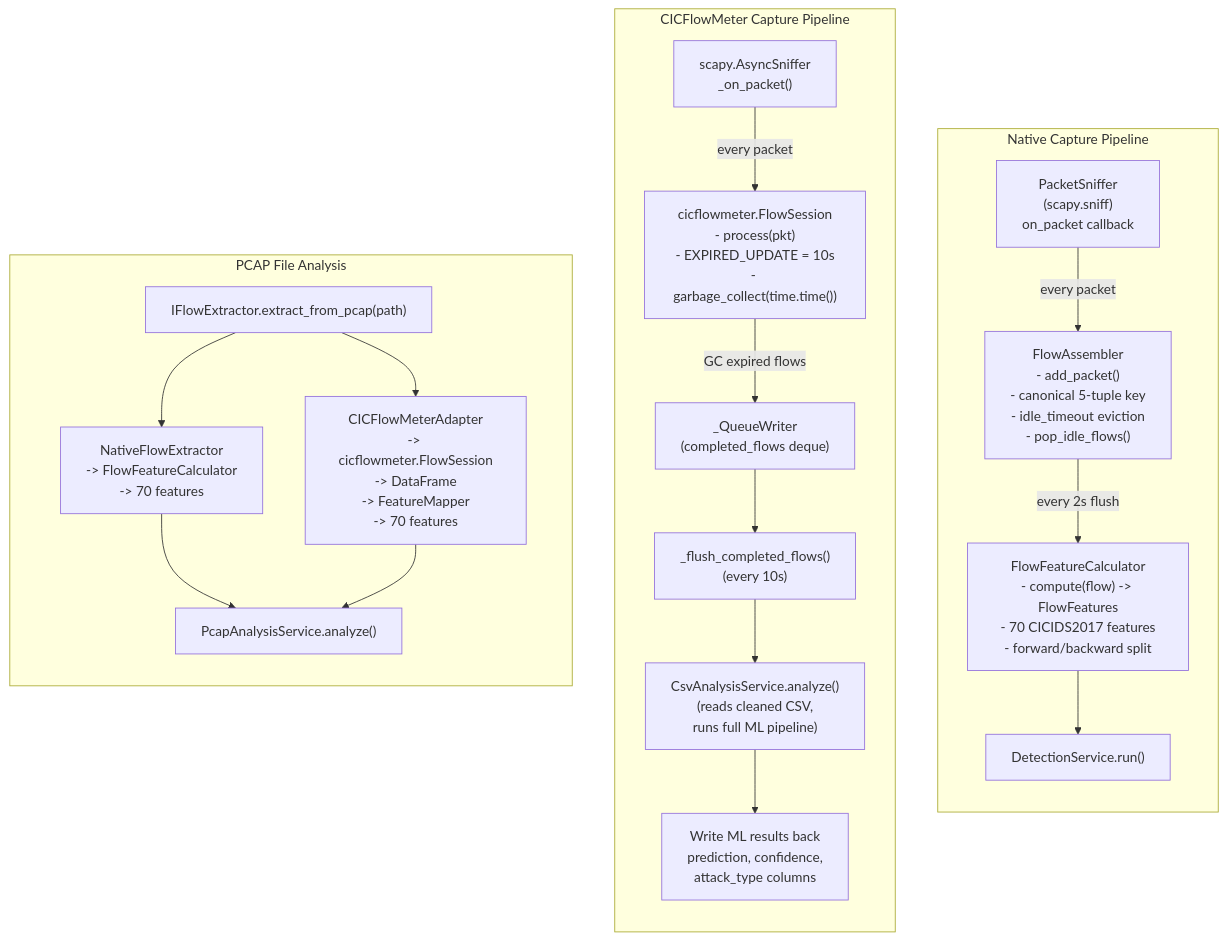
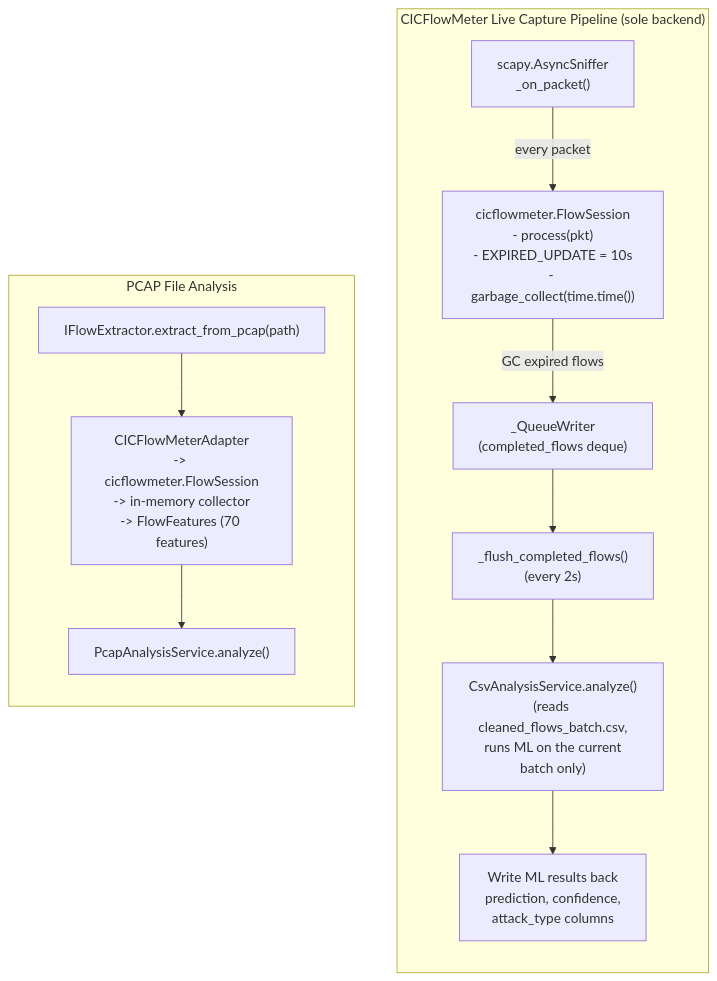
Diagram 13 of 13 in ARCHITECTURE.md (salhaihp97-glitc/AI-Driven-IDS), drawn with Mermaid before and after one commit. The commit also changed other lines of this file and 58 other files, not shown here.

````diff
--- a/ARCHITECTURE.md
+++ b/ARCHITECTURE.md
@@ -766,43 +762,28 @@
 ```mermaid
 flowchart TD
-    subgraph NativeMode["Native Capture Pipeline"]
-        direction TB
-        NS["PacketSniffer\n(scapy.sniff)\non_packet callback"]
-        FA["FlowAssembler\n- add_packet()\n- canonical 5-tuple key\n- idle_timeout eviction\n- pop_idle_flows()"]
-        FFC["FlowFeatureCalculator\n- compute(flow) -> FlowFeatures\n- 70 CICIDS2017 features\n- forward/backward split"]
-        NDS["DetectionService.run()"]
-        
-        NS -->|"every packet"| FA
-        FA -->|"every 2s flush"| FFC
-        FFC --> NDS
-    end
-
-    subgraph CICMode["CICFlowMeter Capture Pipeline"]
+    subgraph LiveMode["CICFlowMeter Live Capture Pipeline (sole backend)"]
         direction TB
         AS["scapy.AsyncSniffer\n_on_packet()"]
         CFS["cicflowmeter.FlowSession\n- process(pkt)\n- EXPIRED_UPDATE = 10s\n- garbage_collect(time.time())"]
         QW["_QueueWriter\n(completed_flows deque)"]
-        FL["_flush_completed_flows()\n(every 10s)"]
-        CAS["CsvAnalysisService.analyze()\n(reads cleaned CSV,\n runs full ML pipeline)"]
+        FL["_flush_completed_flows()\n(every 2s)"]
+        CAS["CsvAnalysisService.analyze()\n(reads cleaned_flows_batch.csv,\n runs ML on the current batch only)"]
         WB["Write ML results back\nprediction, confidence,\nattack_type columns"]
         
         AS -->|"every packet"| CFS
         CFS -->|"GC expired flows"| QW
         QW --> FL
         FL --> CAS
         CAS --> WB
     end
 
     subgraph PCAP["PCAP File Analysis"]
         direction TB
         IFE2["IFlowExtractor.extract_from_pcap(path)"]
-        NFE["NativeFlowExtractor\n-> FlowFeatureCalculator\n-> 70 features"]
-        CICAD["CICFlowMeterAdapter\n-> cicflowmeter.FlowSession\n-> DataFrame\n-> FeatureMapper\n-> 70 features"]
+        CICAD["CICFlowMeterAdapter\n-> cicflowmeter.FlowSession\n-> in-memory collector\n-> FlowFeatures (70 features)"]
         PAS2["PcapAnalysisService.analyze()"]
         
-        IFE2 --> NFE
         IFE2 --> CICAD
-        NFE --> PAS2
         CICAD --> PAS2
     end
 ```
````
